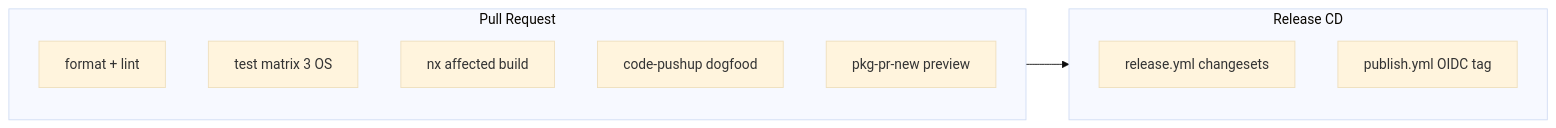
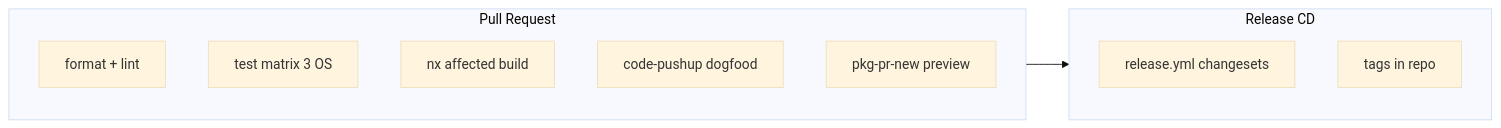
The diagram in README.md (kacperpaczos/Awesome-Pushup-Standards), drawn with Mermaid (base theme) before and after one commit. The commit also changed other lines of this file and 2 other files, not shown here.

````diff
--- a/README.md
+++ b/README.md
@@ -104,17 +114,17 @@
 ```mermaid
 flowchart LR
   subgraph pr [Pull Request]
     A[format + lint]
     B[test matrix 3 OS]
     C[nx affected build]
     D[code-pushup dogfood]
     E[pkg-pr-new preview]
   end
 
   subgraph cd [Release CD]
     F[release.yml changesets]
-    G[publish.yml OIDC tag]
+    G[tags in repo]
   end
 
   pr --> cd
 ```
````
